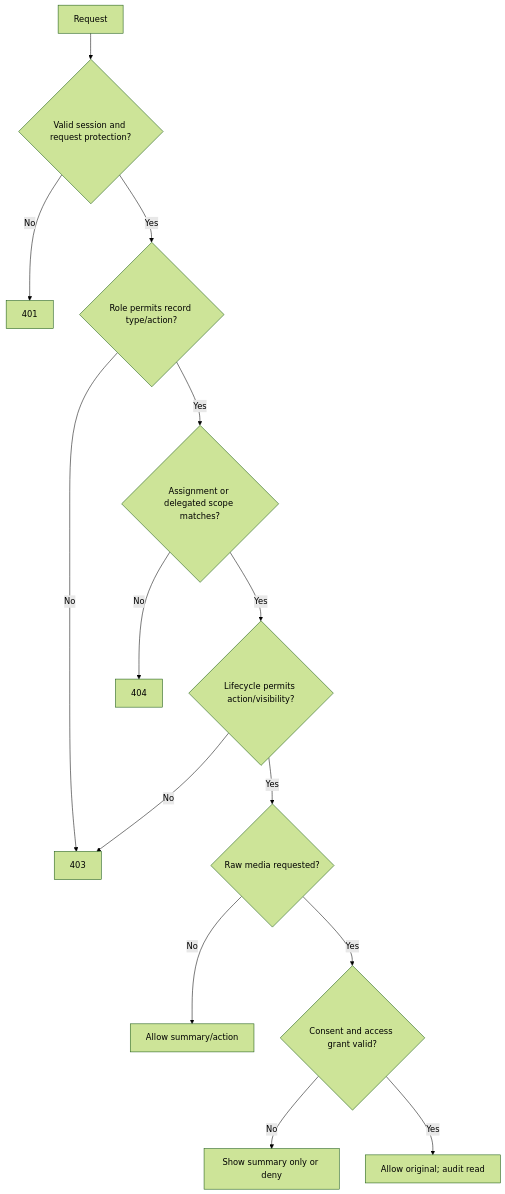
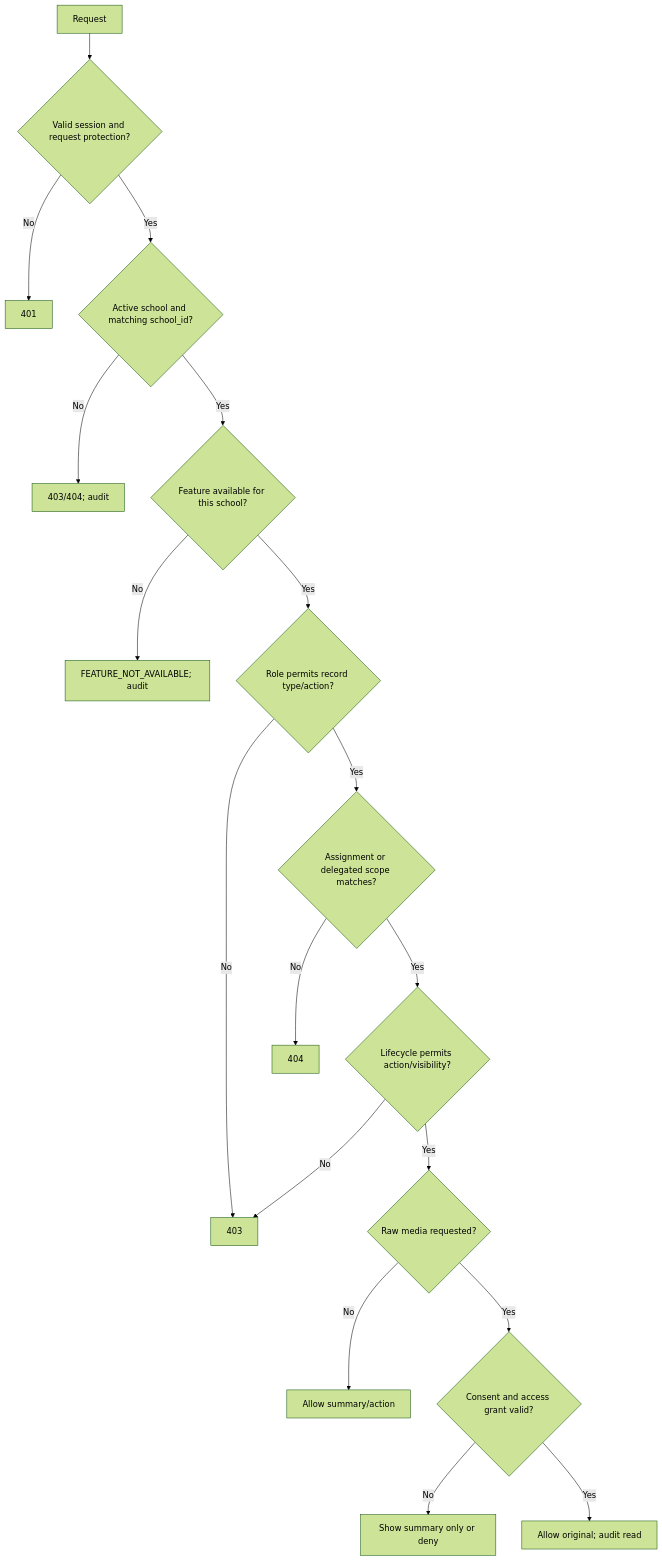
The diagram in output/English/SRS/SRS-01 Identity sessions and access control.md (heison-octopus/testing-port), drawn with Mermaid (forest theme) before and after one commit. The commit also changed other lines of this file and 79 other files, not shown here.

````diff
--- a/output/English/SRS/SRS-01 Identity sessions and access control.md
+++ b/output/English/SRS/SRS-01 Identity sessions and access control.md
@@ -58,16 +64,20 @@
 ```mermaid
 flowchart TD
     R[Request] --> S{Valid session and request protection?}
     S -->|No| U[401]
-    S -->|Yes| Role{Role permits record type/action?}
+    S -->|Yes| School{Active school and matching school_id?}
+    School -->|No| X[403/404; audit]
+    School -->|Yes| Feature{Feature available for this school?}
+    Feature -->|No| F[FEATURE_NOT_AVAILABLE; audit]
+    Feature -->|Yes| Role{Role permits record type/action?}
     Role -->|No| D[403]
     Role -->|Yes| Scope{Assignment or delegated scope matches?}
     Scope -->|No| N[404]
     Scope -->|Yes| State{Lifecycle permits action/visibility?}
     State -->|No| D
     State -->|Yes| Raw{Raw media requested?}
     Raw -->|No| A[Allow summary/action]
     Raw -->|Yes| Consent{Consent and access grant valid?}
     Consent -->|No| M[Show summary only or deny]
     Consent -->|Yes| O[Allow original; audit read]
 ```
````
